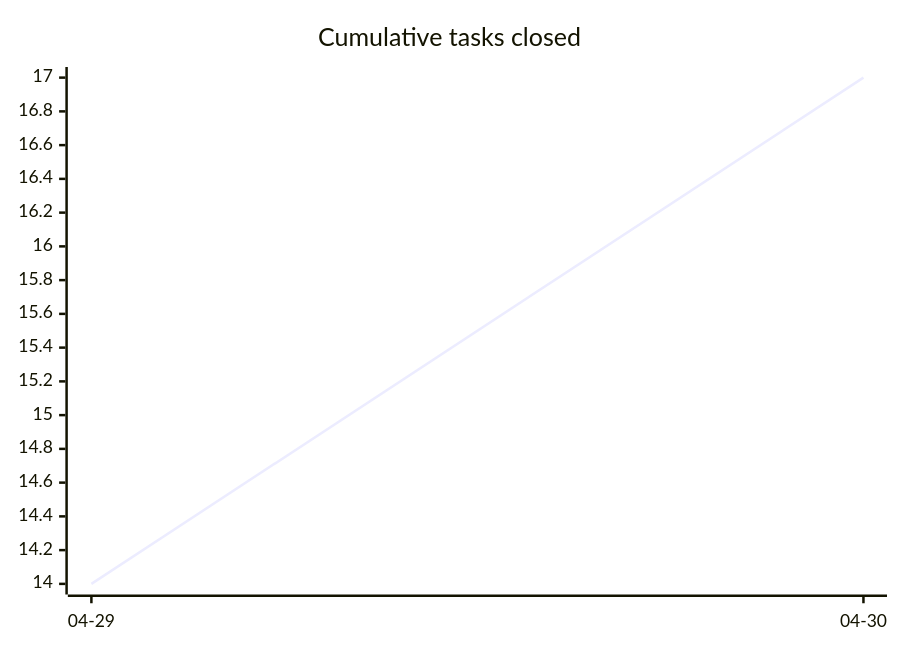
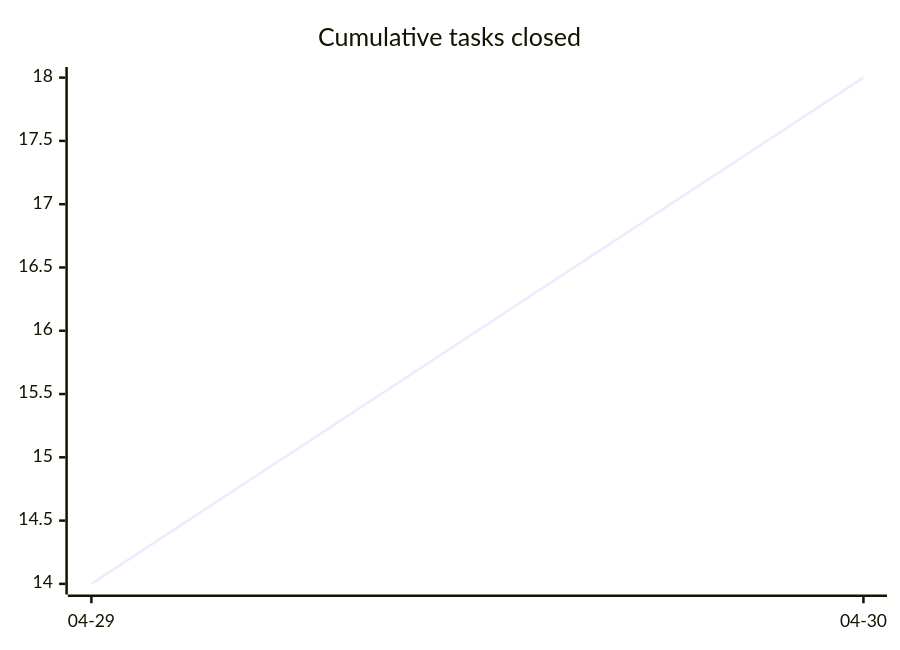
Before and after one commit to tgd1975/AwesomeStudioPedal: the first of 3 diagrams in docs/developers/tasks/OVERVIEW.md, drawn with Mermaid. The commit also changed other lines of this file and 4 other files, not shown here.

````diff
--- a/docs/developers/tasks/OVERVIEW.md
+++ b/docs/developers/tasks/OVERVIEW.md
@@ -20,6 +20,6 @@
 ```mermaid
 xychart-beta
     title "Cumulative tasks closed"
     x-axis ["04-29", "04-30"]
-    line [14, 17]
+    line [14, 18]
 ```
````
